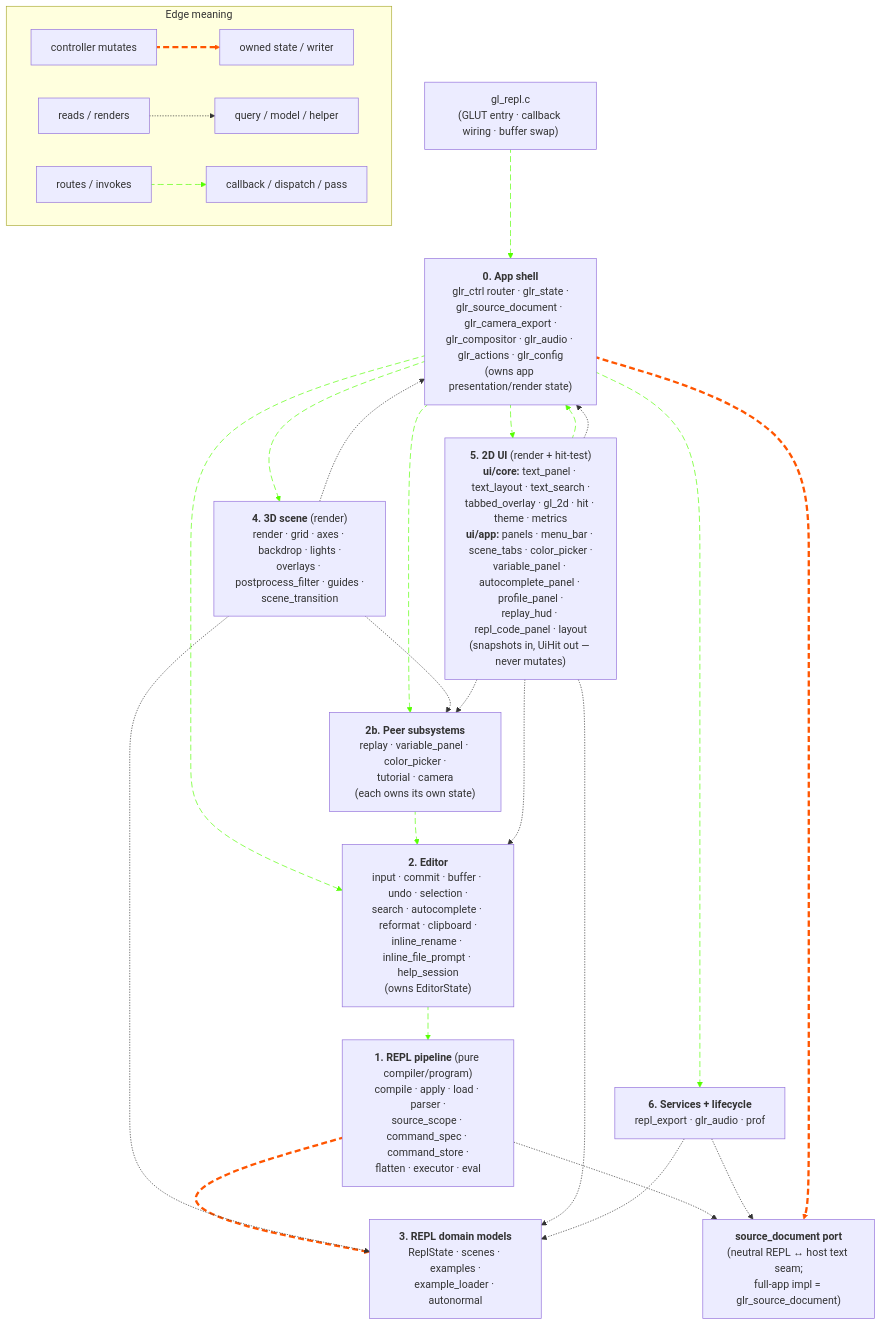
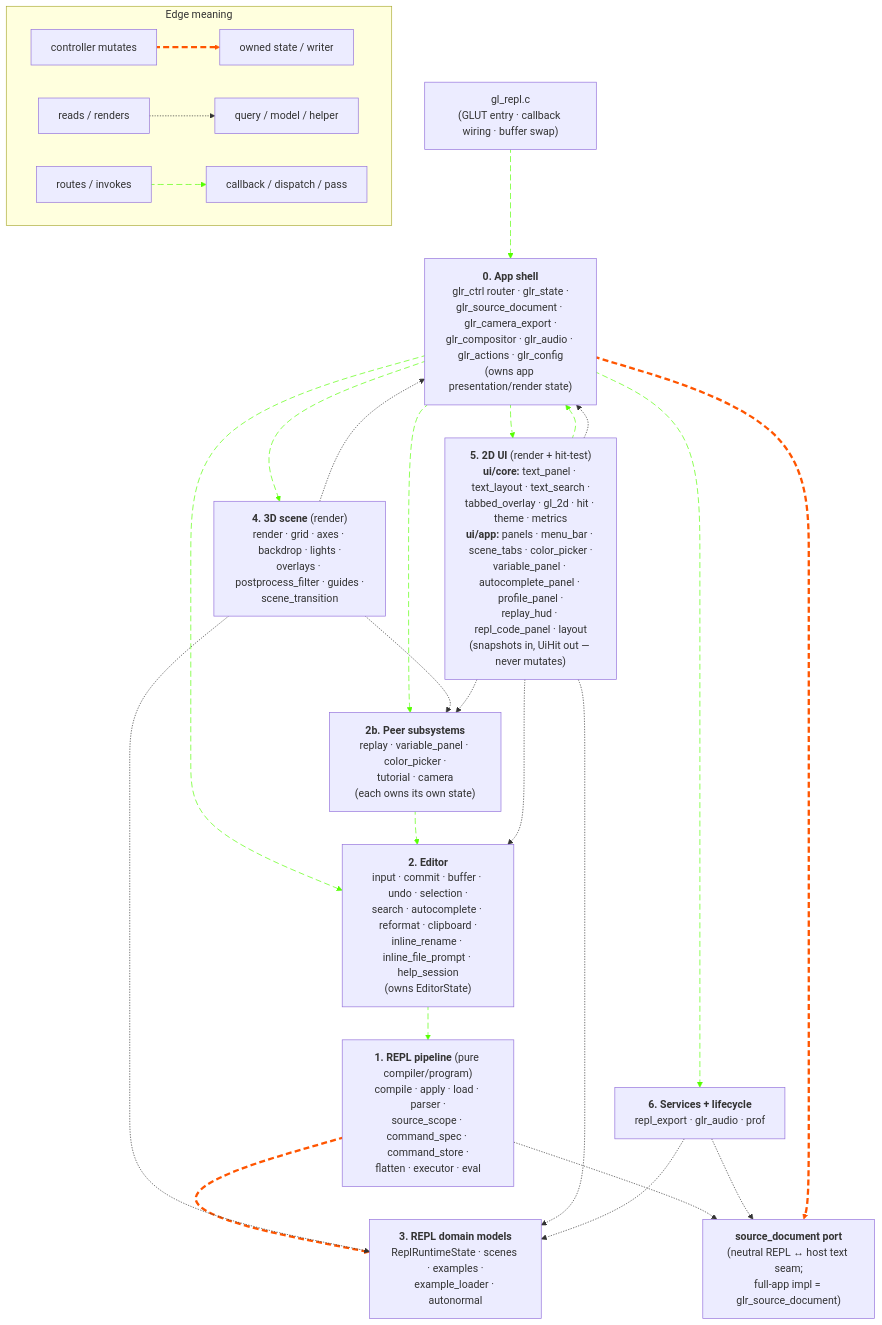
Before and after one commit to drewwoods/gl-repl: the first of 2 diagrams in MODULES.md, drawn with Mermaid. The commit also changed other lines of this file and 10 other files, not shown here.

````diff
--- a/MODULES.md
+++ b/MODULES.md
@@ -575,79 +576,79 @@
 ```mermaid
 flowchart TB
     subgraph legend["Edge meaning"]
         lmut_a["controller mutates"] e1@==> lmut_b["owned state / writer"]
         lread_a["reads / renders"] -.-> lread_b["query / model / helper"]
         lflow_a["routes / invokes"] i1@--> lflow_b["callback / dispatch / pass"]
     end
 
     gl_repl["gl_repl.c<br/>(GLUT entry · callback wiring · buffer swap)"]
 
     app["<b>0. App shell</b><br/>glr_ctrl router · glr_state ·<br/>glr_source_document · glr_camera_export ·<br/>glr_compositor · glr_audio · glr_actions · glr_config<br/>(owns app presentation/render state)"]
 
     editor["<b>2. Editor</b><br/>input · commit · buffer · undo · selection ·<br/>search · autocomplete · reformat · clipboard ·<br/>inline_rename · inline_file_prompt · help_session<br/>(owns EditorState)"]
 
     peers["<b>2b. Peer subsystems</b><br/>replay · variable_panel · color_picker ·<br/>tutorial · camera<br/>(each owns its own state)"]
 
     repl["<b>1. REPL pipeline</b> (pure compiler/program)<br/>compile · apply · load · parser ·<br/>source_scope · command_spec · command_store ·<br/>flatten · executor · eval"]
 
-    models["<b>3. REPL domain models</b><br/>ReplState · scenes · examples ·<br/>example_loader · autonormal"]
+    models["<b>3. REPL domain models</b><br/>ReplRuntimeState · scenes · examples ·<br/>example_loader · autonormal"]
 
     srcdoc["<b>source_document port</b><br/>(neutral REPL ↔ host text seam;<br/>full-app impl = glr_source_document)"]
 
     ui["<b>5. 2D UI</b> (render + hit-test)<br/><b>ui/core:</b> text_panel · text_layout · text_search ·<br/>tabbed_overlay · gl_2d · hit · theme · metrics<br/><b>ui/app:</b> panels · menu_bar · scene_tabs · color_picker ·<br/>variable_panel · autocomplete_panel · profile_panel ·<br/>replay_hud · repl_code_panel · layout<br/>(snapshots in, UiHit out — never mutates)"]
 
     scene["<b>4. 3D scene</b> (render)<br/>render · grid · axes · backdrop · lights ·<br/>overlays · postprocess_filter · guides ·<br/>scene_transition"]
 
     services["<b>6. Services + lifecycle</b><br/>repl_export · glr_audio · prof"]
 
     %% Raw input flow: gl_repl.c hands GLUT events to the app shell. UI
     %% hit-tests are passive — they compute a UiHit and hand it back to
     %% the controller for dispatch.
     gl_repl i2@--> app
     ui i3@--> app
 
     %% App shell routes raw input to the owning subsystem, drives the
     %% frame, and calls UI/scene/services.
     app i4@--> editor
     app i5@--> peers
     app i6@--> scene
     app i7@--> ui
     app i8@--> services
 
     %% Editor commit is the only path crossing INTO the REPL pipeline.
     %% REPL apply / command_store mutates the program model.
     editor i9@--> repl
     repl e2@==> models
 
     %% Peers write back through the editor (color_picker rewrites a
     %% source line via editor_commit_apply_external_change; the
     %% variable_panel drag rewrites a numeric token the same way).
     peers i10@--> editor
 
     %% Source-document port: REPL pipeline reads/writes source text
     %% through the neutral port, and services read source through it
     %% too. The full-app adapter (app layer) delegates writes to the
     %% editor buffer — editor stays the single underlying writer.
     repl -.-> srcdoc
     services -.-> srcdoc
     app e3@==> srcdoc
 
     %% Render is read-only: scene and UI consume snapshots of program /
     %% editor / peer / app state. They never mutate.
     scene -.-> models
     scene -.-> peers
     scene -.-> app
     ui -.-> editor
     ui -.-> models
     ui -.-> peers
     ui -.-> app
 
     %% Services read program and editor state to persist/replay.
     services -.-> models
 
     classDef animateE stroke:#f50,stroke-dasharray: 9\,5,stroke-dashoffset: 900,animation: dash 90s linear infinite;
     classDef animateF stroke:#5f0,stroke-dasharray: 9\,5,stroke-dashoffset: 900,animation: dash 90s linear infinite;
 
     class e1,e2,e3 animateE
     class i1,i2,i3,i4,i5,i6,i7,i8,i9,i10 animateF
 ```
````
